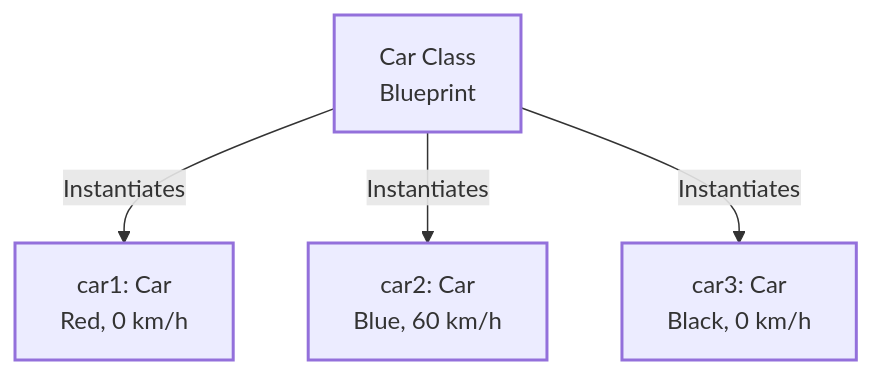
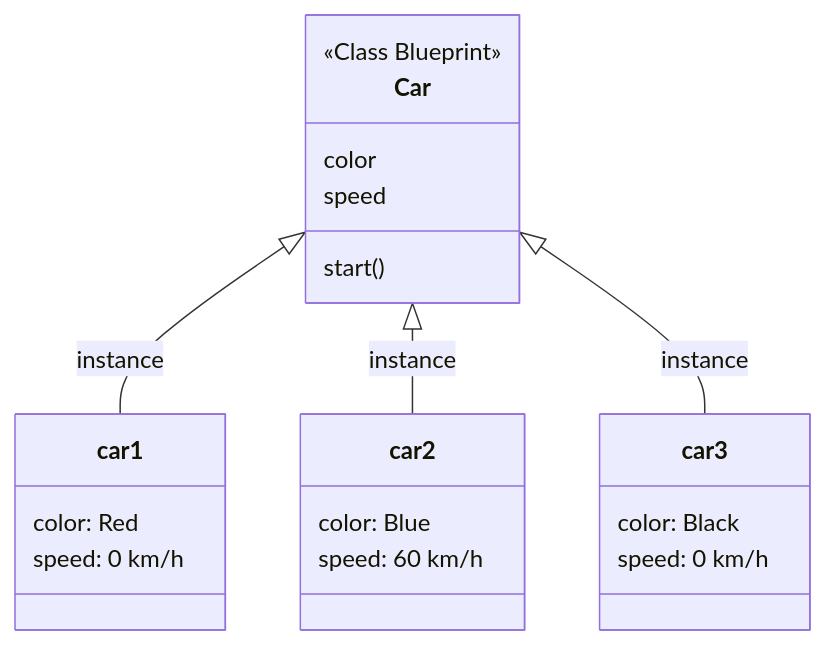
Before and after one commit to ergauravgoyal/ai-first-software-engineer: the first of 2 diagrams in docs/02-backend-engineering/python/01-oop.md, drawn with Mermaid. The commit also changed 4 other files, not shown here.

Commit message:
Enhance Mermaid diagram visibility and alignment across themes

````diff
--- a/docs/02-backend-engineering/python/01-oop.md
+++ b/docs/02-backend-engineering/python/01-oop.md
@@ -28,14 +28,29 @@
 ```mermaid
-graph TD
-    classDef blueprint stroke-width:2px;
-    classDef obj stroke-width:2px;
+classDiagram
 
-    C[Car Class<br/>Blueprint]:::blueprint
-    O1[car1: Car<br/>Red, 0 km/h]:::obj
-    O2[car2: Car<br/>Blue, 60 km/h]:::obj
-    O3[car3: Car<br/>Black, 0 km/h]:::obj
+class Car {
+    <<Class Blueprint>>
+    color
+    speed
+    start()
+}
 
-    C -->|Instantiates| O1
-    C -->|Instantiates| O2
-    C -->|Instantiates| O3
+class car1 {
+    color: Red
+    speed: 0 km/h
+}
+
+class car2 {
+    color: Blue
+    speed: 60 km/h
+}
+
+class car3 {
+    color: Black
+    speed: 0 km/h
+}
+
+Car <|-- car1 : instance
+Car <|-- car2 : instance
+Car <|-- car3 : instance
 ```
````
